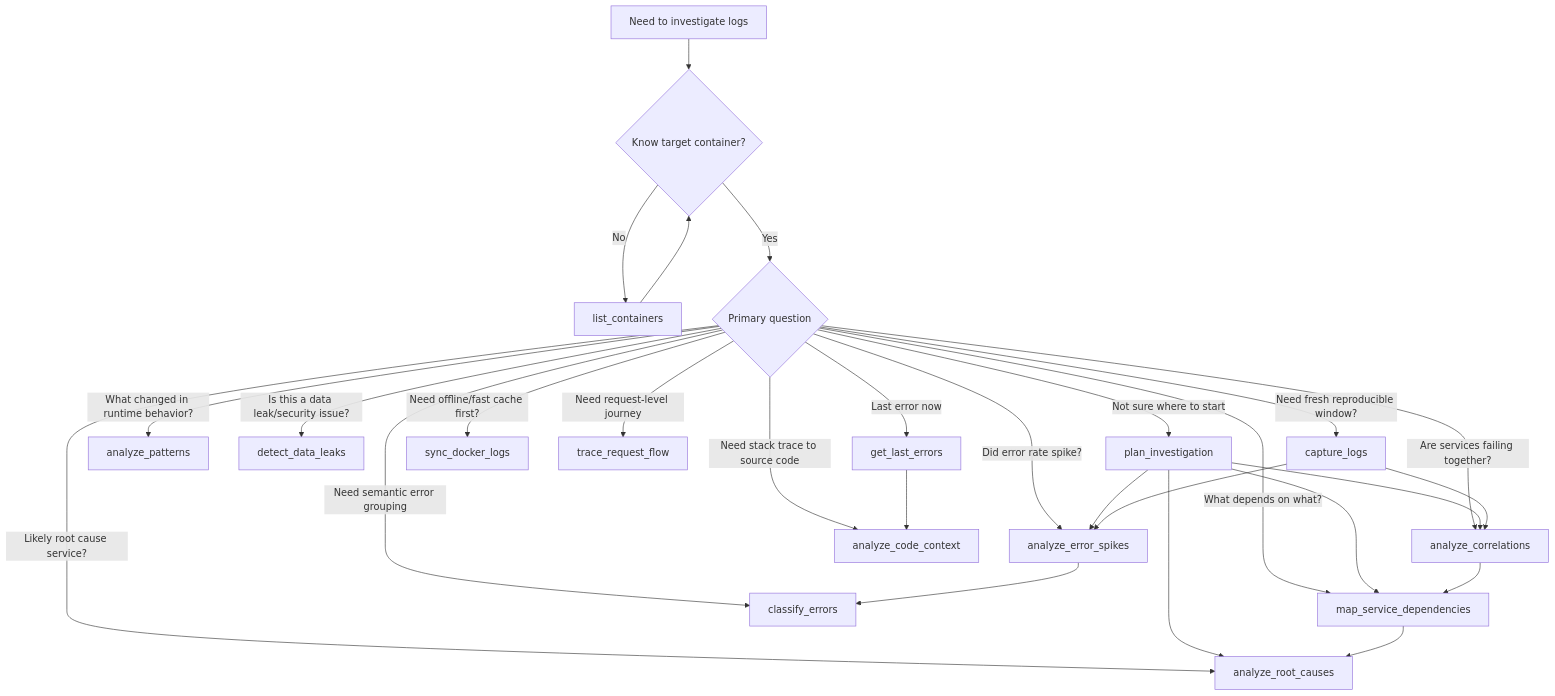
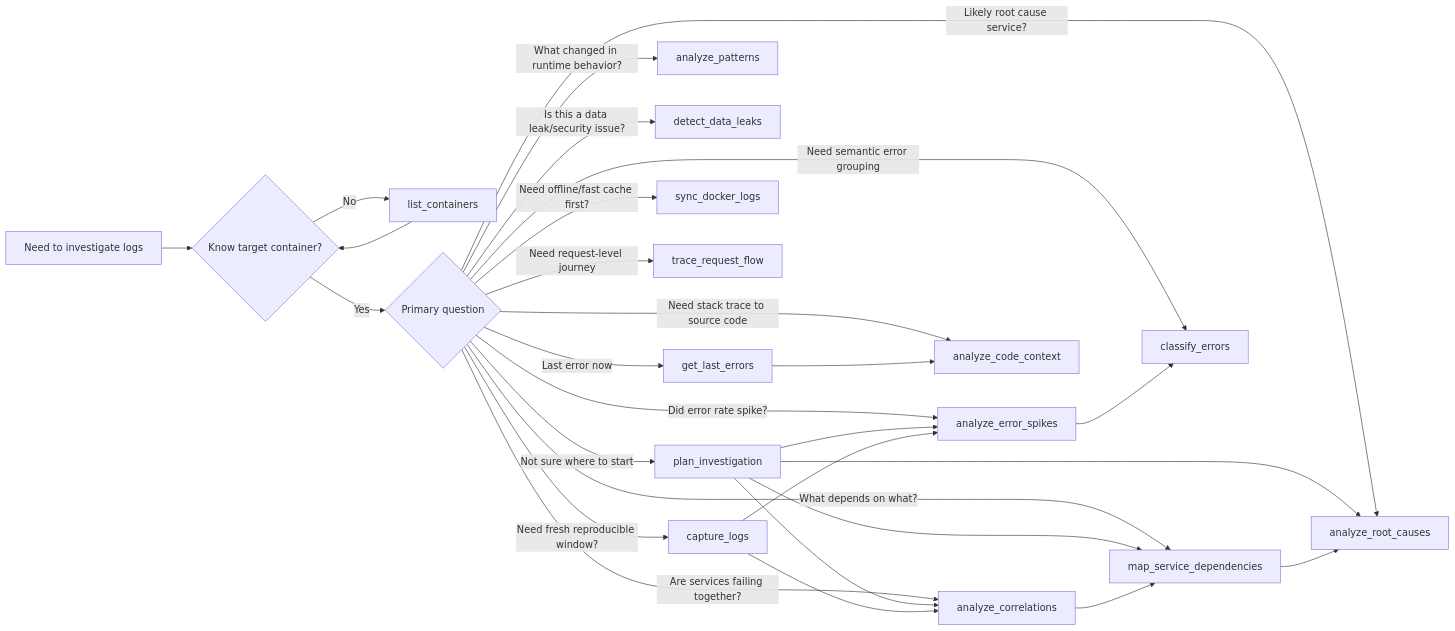
Before and after one commit to debaditya-mohankudo/Analyze_docker_logs_with_copilot: the diagram in doc/WIKI_TOOLS.md, drawn with Mermaid.

Commit message:
Change Mermaid flow to left-to-right

````diff
--- a/doc/WIKI_TOOLS.md
+++ b/doc/WIKI_TOOLS.md
@@ -17,34 +17,34 @@
 ```mermaid
-flowchart TD
+flowchart LR
   A[Need to investigate logs] --> B{Know target container?}
   B -- No --> L[list_containers]
   L --> B
 
   B -- Yes --> C{Primary question}
 
   C -- "Last error now" --> G[get_last_errors]
   C -- "What changed in runtime behavior?" --> P[analyze_patterns]
   C -- "Did error rate spike?" --> S[analyze_error_spikes]
   C -- "Are services failing together?" --> R[analyze_correlations]
   C -- "Is this a data leak/security issue?" --> D[detect_data_leaks]
   C -- "What depends on what?" --> M[map_service_dependencies]
   C -- "Likely root cause service?" --> RC[analyze_root_causes]
   C -- "Need fresh reproducible window?" --> CL[capture_logs]
   C -- "Need offline/fast cache first?" --> SY[sync_docker_logs]
   C -- "Need stack trace to source code" --> CC[analyze_code_context]
   C -- "Need request-level journey" --> TR[trace_request_flow]
   C -- "Need semantic error grouping" --> CE[classify_errors]
   C -- "Not sure where to start" --> PI[plan_investigation]
 
   PI --> S
   PI --> R
   PI --> M
   PI --> RC
 
   S --> CE
   R --> M
   M --> RC
   G --> CC
   CL --> S
   CL --> R
 ```
````
